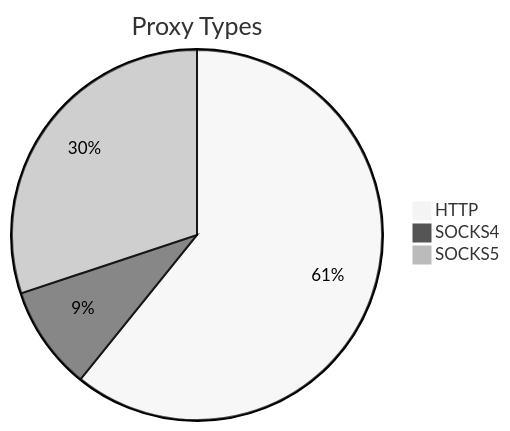
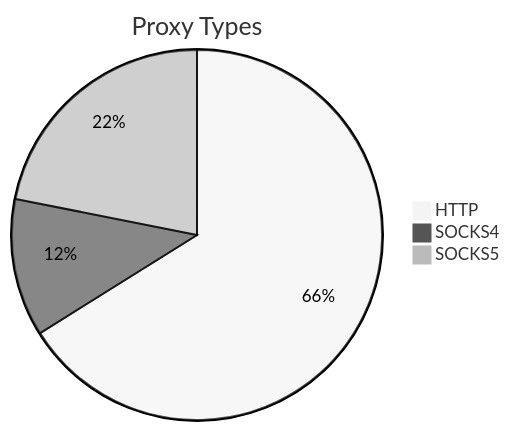
One commit to stormsia/proxy-list changed the first of 2 diagrams in README.md. Above: the diagram before and after it, drawn with Mermaid (neutral theme). The commit also changed other lines of this file, not shown here.

````diff
--- a/README.md
+++ b/README.md
@@ -21,6 +21,6 @@
 ```mermaid
 pie title Proxy Types
-    "HTTP" : 301
-    "SOCKS4" : 45
-    "SOCKS5" : 149
+    "HTTP" : 275
+    "SOCKS4" : 50
+    "SOCKS5" : 91
 ```
````
